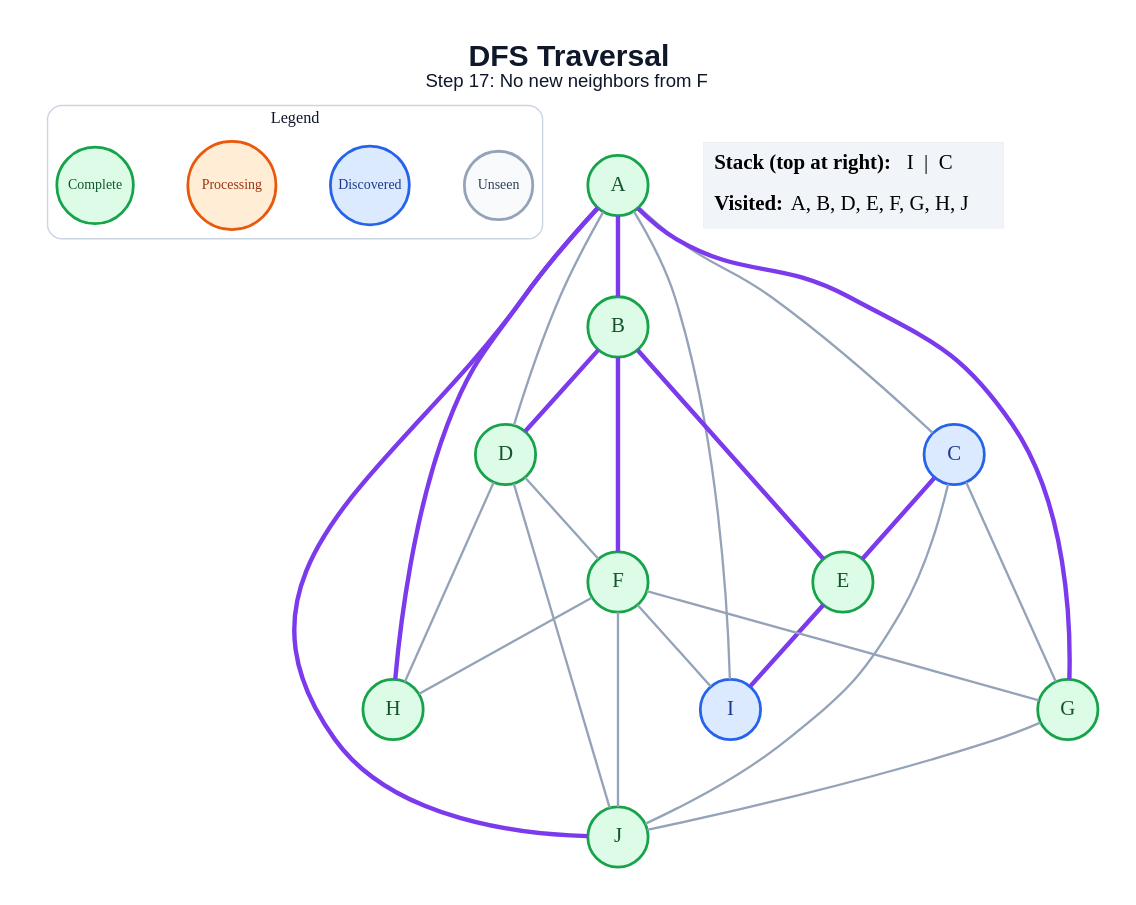
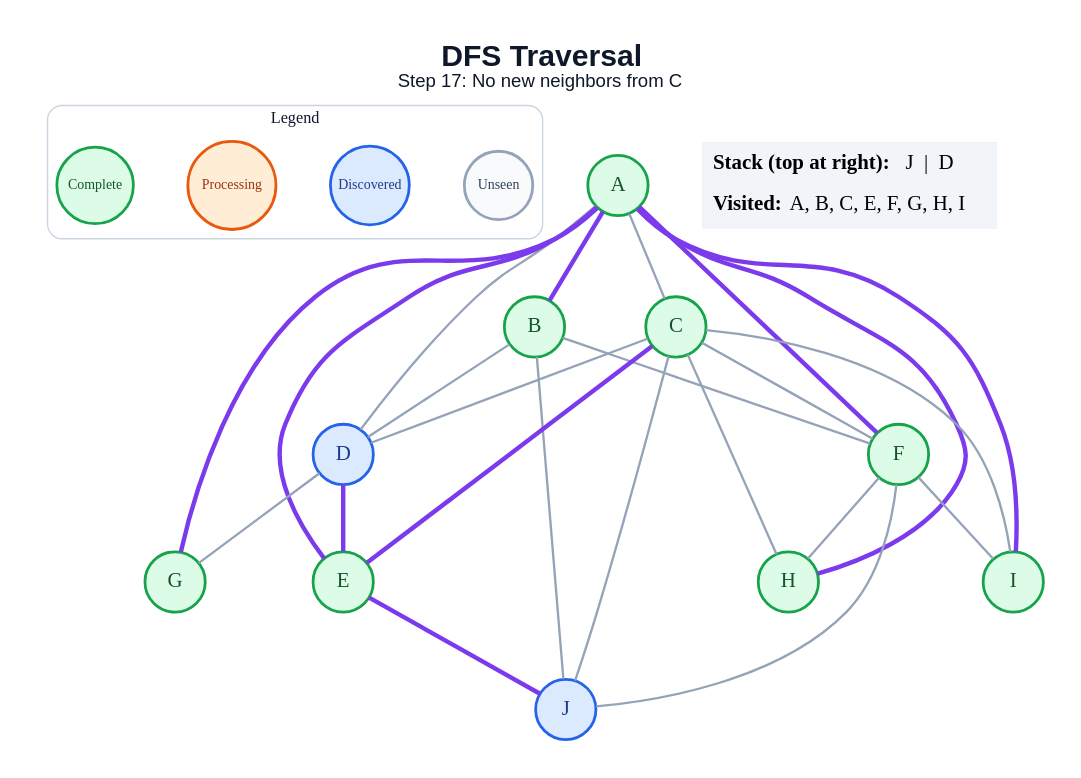
Before and after one commit to amanghodawala9/ai-slop: the diagram in generated/specific-node/dfs/step_17.dot, drawn with Graphviz. The commit also changed 178 other files, not shown here.

```diff
--- a/generated/specific-node/dfs/step_17.dot
+++ b/generated/specific-node/dfs/step_17.dot
@@ -1,51 +1,52 @@
 graph traversal {
   graph [layout=dot, rankdir=TB, bgcolor="#FFFFFF", pad="0.35", nodesep="0.65", ranksep="0.8", fontname="Arial"];
   node [shape=circle, style="filled", fontname="Arial Bold", fontsize=18, width=0.72, fixedsize=true, penwidth=2.4];
   edge [color="#94A3B8", penwidth=2.0];
-  label=<<B>DFS Traversal</B><BR/><FONT POINT-SIZE="16">Step 17: No new neighbors from F</FONT>>; labelloc="t"; fontsize=26; fontname="Arial"; fontcolor="#0F172A";
+  label=<<B>DFS Traversal</B><BR/><FONT POINT-SIZE="16">Step 17: No new neighbors from C</FONT>>; labelloc="t"; fontsize=26; fontname="Arial"; fontcolor="#0F172A";
   subgraph cluster_legend { label="Legend"; color="#CBD5E1"; penwidth=1.2; style="rounded"; fontsize=14; fontname="Arial Bold";
     key_unseen [label="Unseen", fillcolor="#F8FAFC", color="#94A3B8", fontcolor="#334155", fontsize=12, width=0.82];
     key_frontier [label="Discovered", fillcolor="#DBEAFE", color="#2563EB", fontcolor="#1E3A8A", fontsize=12, width=0.95];
     key_current [label="Processing", fillcolor="#FFEDD5", color="#EA580C", fontcolor="#9A3412", fontsize=12, width=1.05];
     key_done [label="Complete", fillcolor="#DCFCE7", color="#16A34A", fontcolor="#14532D", fontsize=12, width=0.92];
     { rank=same; key_unseen; key_frontier; key_current; key_done; }
   }
   A [fillcolor="#DCFCE7", color="#16A34A", fontcolor="#14532D"];
   B [fillcolor="#DCFCE7", color="#16A34A", fontcolor="#14532D"];
-  C [fillcolor="#DBEAFE", color="#2563EB", fontcolor="#1E3A8A"];
-  D [fillcolor="#DCFCE7", color="#16A34A", fontcolor="#14532D"];
+  C [fillcolor="#DCFCE7", color="#16A34A", fontcolor="#14532D"];
+  D [fillcolor="#DBEAFE", color="#2563EB", fontcolor="#1E3A8A"];
   E [fillcolor="#DCFCE7", color="#16A34A", fontcolor="#14532D"];
   F [fillcolor="#DCFCE7", color="#16A34A", fontcolor="#14532D"];
   G [fillcolor="#DCFCE7", color="#16A34A", fontcolor="#14532D"];
   H [fillcolor="#DCFCE7", color="#16A34A", fontcolor="#14532D"];
-  I [fillcolor="#DBEAFE", color="#2563EB", fontcolor="#1E3A8A"];
-  J [fillcolor="#DCFCE7", color="#16A34A", fontcolor="#14532D"];
+  I [fillcolor="#DCFCE7", color="#16A34A", fontcolor="#14532D"];
+  J [fillcolor="#DBEAFE", color="#2563EB", fontcolor="#1E3A8A"];
   A -- B [color="#7C3AED", penwidth=3.8];
   A -- C;
   A -- D;
+  A -- E [color="#7C3AED", penwidth=3.8];
+  A -- F [color="#7C3AED", penwidth=3.8];
   A -- G [color="#7C3AED", penwidth=3.8];
   A -- H [color="#7C3AED", penwidth=3.8];
-  A -- I;
-  A -- J [color="#7C3AED", penwidth=3.8];
-  B -- D [color="#7C3AED", penwidth=3.8];
-  B -- E [color="#7C3AED", penwidth=3.8];
-  B -- F [color="#7C3AED", penwidth=3.8];
+  A -- I [color="#7C3AED", penwidth=3.8];
+  B -- D;
+  B -- F;
+  B -- J;
+  C -- D;
   C -- E [color="#7C3AED", penwidth=3.8];
-  C -- G;
+  C -- F;
+  C -- H;
+  C -- I;
   C -- J;
-  D -- F;
-  D -- H;
-  D -- J;
-  E -- I [color="#7C3AED", penwidth=3.8];
-  F -- G;
+  D -- E [color="#7C3AED", penwidth=3.8];
+  D -- G;
+  E -- J [color="#7C3AED", penwidth=3.8];
   F -- H;
   F -- I;
   F -- J;
-  G -- J;
   status [shape=plain, fixedsize=false, width=0, height=0, margin=0, label=<
     <TABLE BORDER="0" CELLBORDER="0" CELLPADDING="7" BGCOLOR="#F1F5F9">
-      <TR><TD ALIGN="LEFT"><B>Stack (top at right):</B> I  |  C</TD></TR>
-      <TR><TD ALIGN="LEFT"><B>Visited:</B> A, B, D, E, F, G, H, J</TD></TR>
+      <TR><TD ALIGN="LEFT"><B>Stack (top at right):</B> J  |  D</TD></TR>
+      <TR><TD ALIGN="LEFT"><B>Visited:</B> A, B, C, E, F, G, H, I</TD></TR>
     </TABLE>
   >];
 }
```
